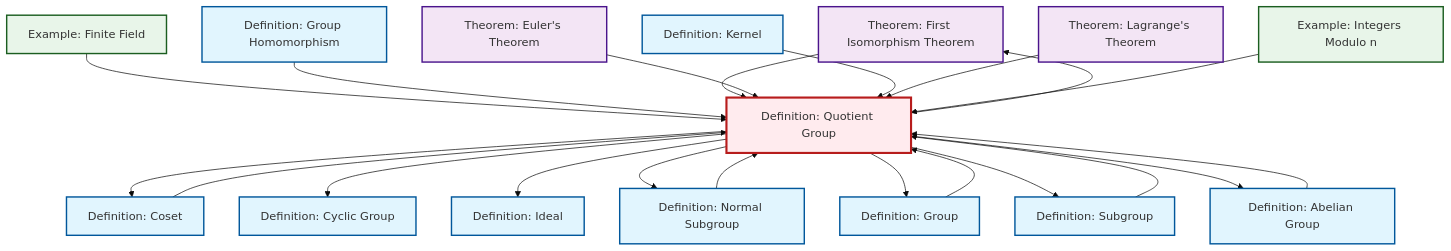
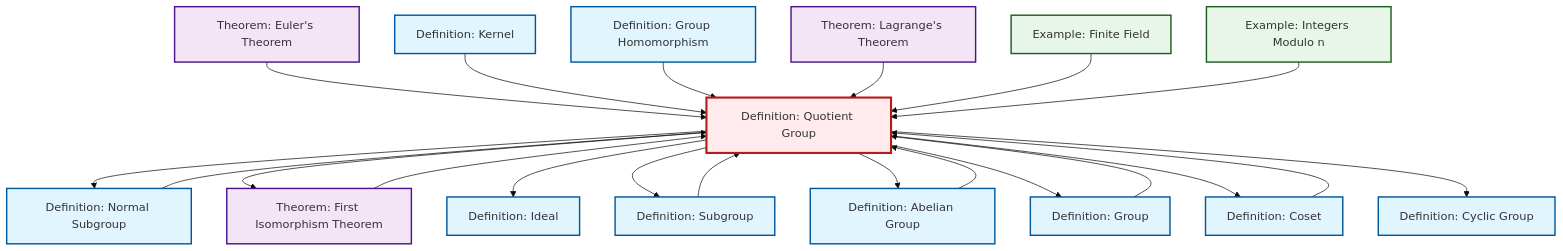
The diagram in content/en/algebra/def-quotient-group.qmd (RK0429/ModernMath), drawn with Mermaid (base theme) before and after one commit. The commit also changed other lines of this file and 491 other files, not shown here.

````diff
--- a/content/en/algebra/def-quotient-group.qmd
+++ b/content/en/algebra/def-quotient-group.qmd
@@ -142,59 +142,59 @@
 ```{mermaid}
 %%| fig-cap: "Local dependency graph"
 graph TD
     classDef definition fill:#e1f5fe,stroke:#01579b,stroke-width:2px
     classDef theorem fill:#f3e5f5,stroke:#4a148c,stroke-width:2px
     classDef axiom fill:#fff3e0,stroke:#e65100,stroke-width:2px
     classDef example fill:#e8f5e9,stroke:#1b5e20,stroke-width:2px
     classDef current fill:#ffebee,stroke:#b71c1c,stroke-width:3px
+    ex-quotient-integers-mod-n["Example: Integers Modulo n"]:::example
+    def-abelian-group["Definition: Abelian Group"]:::definition
+    def-cyclic-group["Definition: Cyclic Group"]:::definition
+    def-normal-subgroup["Definition: Normal Subgroup"]:::definition
     thm-first-isomorphism["Theorem: First Isomorphism Theorem"]:::theorem
+    ex-finite-field["Example: Finite Field"]:::example
+    def-subgroup["Definition: Subgroup"]:::definition
+    def-kernel["Definition: Kernel"]:::definition
+    thm-euler["Theorem: Euler's Theorem"]:::theorem
+    def-coset["Definition: Coset"]:::definition
+    def-group["Definition: Group"]:::definition
+    def-ideal["Definition: Ideal"]:::definition
     def-homomorphism["Definition: Group Homomorphism"]:::definition
-    def-kernel["Definition: Kernel"]:::definition
-    def-group["Definition: Group"]:::definition
-    def-subgroup["Definition: Subgroup"]:::definition
-    def-cyclic-group["Definition: Cyclic Group"]:::definition
-    def-ideal["Definition: Ideal"]:::definition
-    thm-euler["Theorem: Euler's Theorem"]:::theorem
     thm-lagrange["Theorem: Lagrange's Theorem"]:::theorem
-    def-abelian-group["Definition: Abelian Group"]:::definition
-    ex-quotient-integers-mod-n["Example: Integers Modulo n"]:::example
-    def-coset["Definition: Coset"]:::definition
-    def-normal-subgroup["Definition: Normal Subgroup"]:::definition
-    ex-finite-field["Example: Finite Field"]:::example
     def-quotient-group["Definition: Quotient Group"]:::definition
+    thm-euler --> def-quotient-group
+    def-quotient-group --> def-normal-subgroup
+    def-quotient-group --> thm-first-isomorphism
+    def-kernel --> def-quotient-group
+    def-homomorphism --> def-quotient-group
+    def-quotient-group --> def-ideal
+    def-abelian-group --> def-quotient-group
+    def-quotient-group --> def-subgroup
+    thm-lagrange --> def-quotient-group
+    def-coset --> def-quotient-group
+    def-subgroup --> def-quotient-group
+    def-normal-subgroup --> def-quotient-group
+    def-group --> def-quotient-group
+    def-quotient-group --> def-abelian-group
+    thm-first-isomorphism --> def-quotient-group
     ex-finite-field --> def-quotient-group
-    def-group --> def-quotient-group
-    def-homomorphism --> def-quotient-group
+    ex-quotient-integers-mod-n --> def-quotient-group
+    def-quotient-group --> def-group
     def-quotient-group --> def-coset
     def-quotient-group --> def-cyclic-group
-    thm-first-isomorphism --> def-quotient-group
-    def-coset --> def-quotient-group
-    thm-euler --> def-quotient-group
-    def-quotient-group --> def-ideal
-    def-abelian-group --> def-quotient-group
-    def-kernel --> def-quotient-group
-    def-quotient-group --> thm-first-isomorphism
-    def-subgroup --> def-quotient-group
-    def-quotient-group --> def-normal-subgroup
-    thm-lagrange --> def-quotient-group
-    ex-quotient-integers-mod-n --> def-quotient-group
-    def-quotient-group --> def-group
-    def-quotient-group --> def-subgroup
-    def-normal-subgroup --> def-quotient-group
-    def-quotient-group --> def-abelian-group
     class def-quotient-group current
+    click ex-quotient-integers-mod-n "ex-quotient-integers-mod-n.html" "Go to Integers Modulo n example"
+    click def-abelian-group "def-abelian-group.html" "Go to Abelian Group definition"
+    click def-cyclic-group "def-cyclic-group.html" "Go to Cyclic Group definition"
+    click def-normal-subgroup "def-normal-subgroup.html" "Go to Normal Subgroup definition"
     click thm-first-isomorphism "thm-first-isomorphism.html" "Go to First Isomorphism Theorem theorem"
+    click ex-finite-field "ex-finite-field.html" "Go to Finite Field example"
+    click def-subgroup "def-subgroup.html" "Go to Subgroup definition"
+    click def-kernel "def-kernel.html" "Go to Kernel definition"
+    click thm-euler "thm-euler.html" "Go to Euler's Theorem theorem"
+    click def-coset "def-coset.html" "Go to Coset definition"
+    click def-group "def-group.html" "Go to Group definition"
+    click def-ideal "def-ideal.html" "Go to Ideal definition"
     click def-homomorphism "def-homomorphism.html" "Go to Group Homomorphism definition"
-    click def-kernel "def-kernel.html" "Go to Kernel definition"
-    click def-group "def-group.html" "Go to Group definition"
-    click def-subgroup "def-subgroup.html" "Go to Subgroup definition"
-    click def-cyclic-group "def-cyclic-group.html" "Go to Cyclic Group definition"
-    click def-ideal "def-ideal.html" "Go to Ideal definition"
-    click thm-euler "thm-euler.html" "Go to Euler's Theorem theorem"
     click thm-lagrange "thm-lagrange.html" "Go to Lagrange's Theorem theorem"
-    click def-abelian-group "def-abelian-group.html" "Go to Abelian Group definition"
-    click ex-quotient-integers-mod-n "ex-quotient-integers-mod-n.html" "Go to Integers Modulo n example"
-    click def-coset "def-coset.html" "Go to Coset definition"
-    click def-normal-subgroup "def-normal-subgroup.html" "Go to Normal Subgroup definition"
-    click ex-finite-field "ex-finite-field.html" "Go to Finite Field example"
 ```
````
